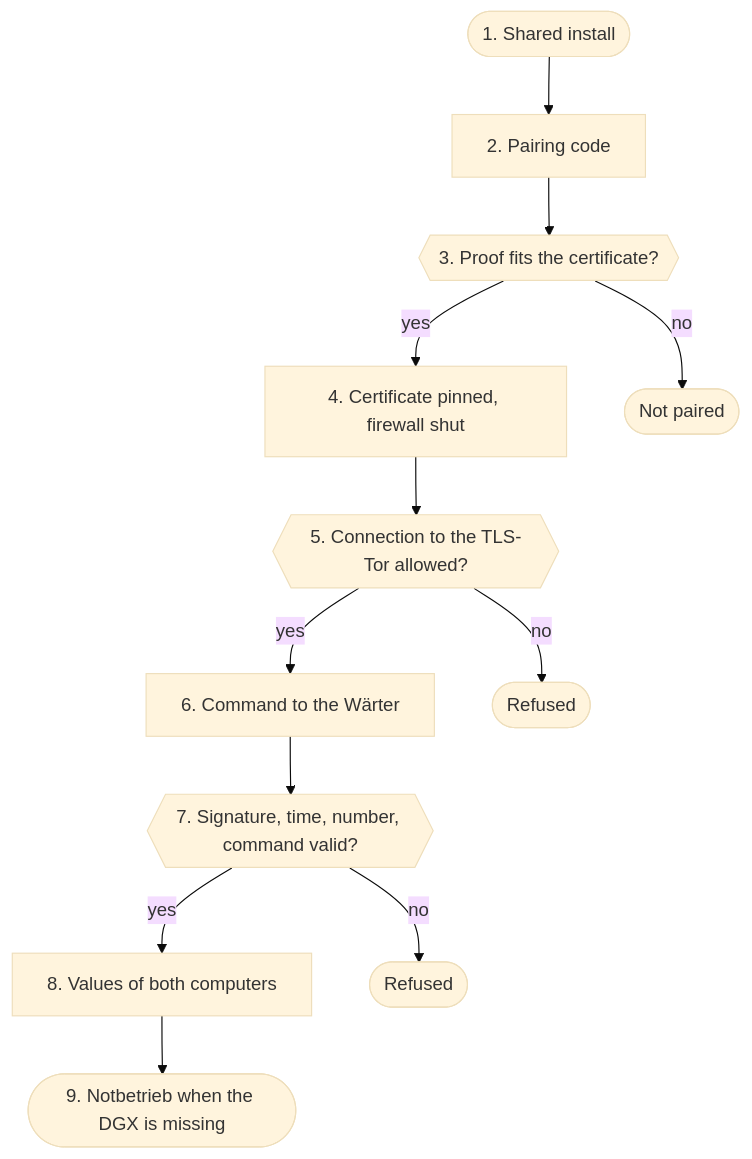
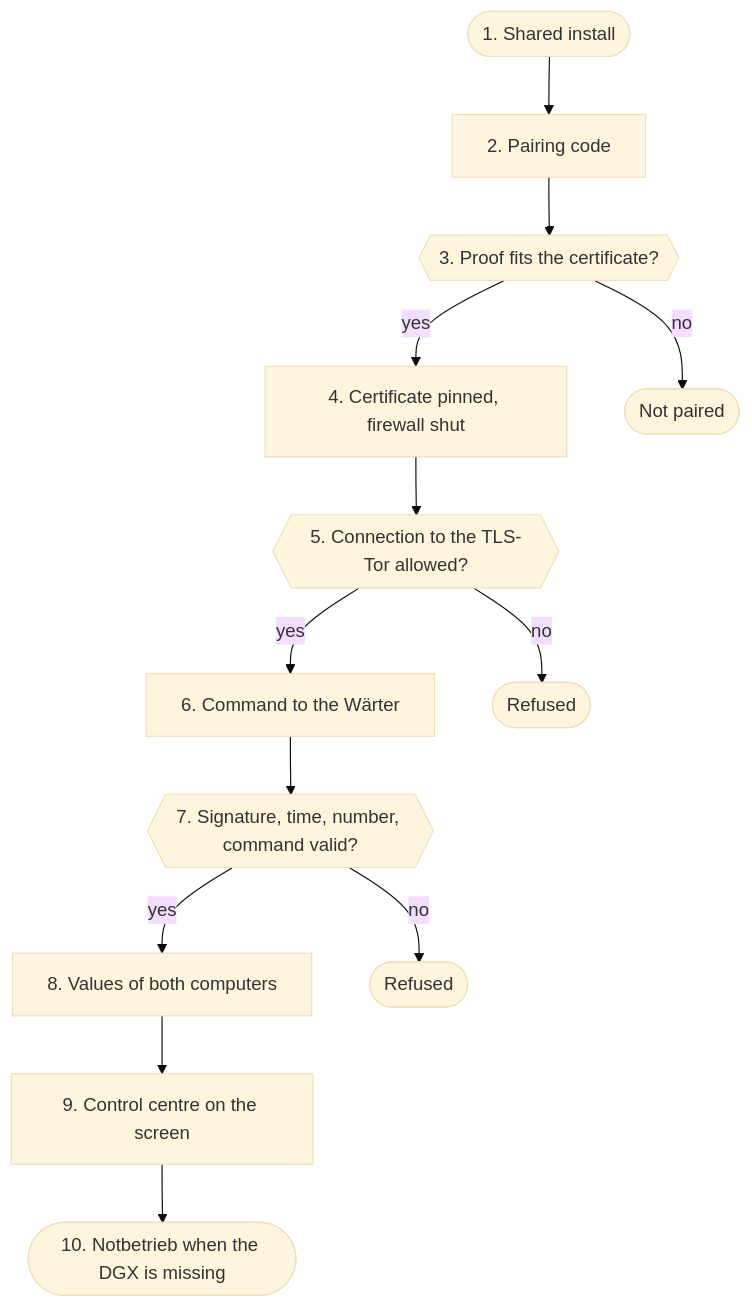
Diagram 22 of 26 in docs/en/architecture.md (db9979/speech-on-dgx-spark), drawn with Mermaid (base theme) before and after one commit. The commit also changed other lines of this file and 40 other files, not shown here.

````diff
--- a/docs/en/architecture.md
+++ b/docs/en/architecture.md
@@ -2840,26 +2844,28 @@
 ```mermaid
 flowchart TD
   s1(["1. Shared install"])
   s2["2. Pairing code"]
   s3{{"3. Proof fits the certificate?"}}
   s4["4. Certificate pinned, firewall shut"]
   s5{{"5. Connection to the TLS-Tor allowed?"}}
   s6["6. Command to the Wärter"]
   s7{{"7. Signature, time, number, command valid?"}}
   s9["8. Values of both computers"]
-  s8(["9. Notbetrieb when the DGX is missing"])
+  s10["9. Control centre on the screen"]
+  s8(["10. Notbetrieb when the DGX is missing"])
   s1 --> s2
   s2 --> s3
   s3 -->|yes| s4
   s4 --> s5
   s5 -->|yes| s6
   s6 --> s7
   s7 -->|yes| s9
-  s9 --> s8
+  s9 --> s10
+  s10 --> s8
   s3x(["Not paired"])
   s3 -->|no| s3x
   s5x(["Refused"])
   s5 -->|no| s5x
   s7x(["Refused"])
   s7 -->|no| s7x
 ```
````
